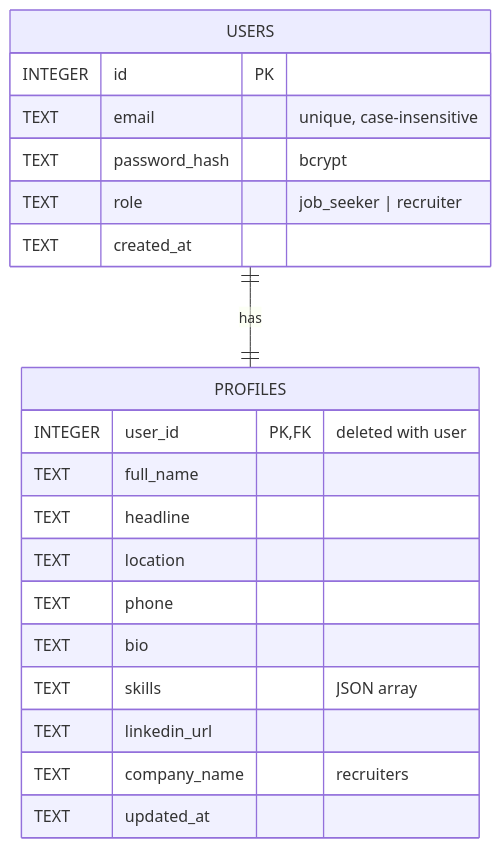
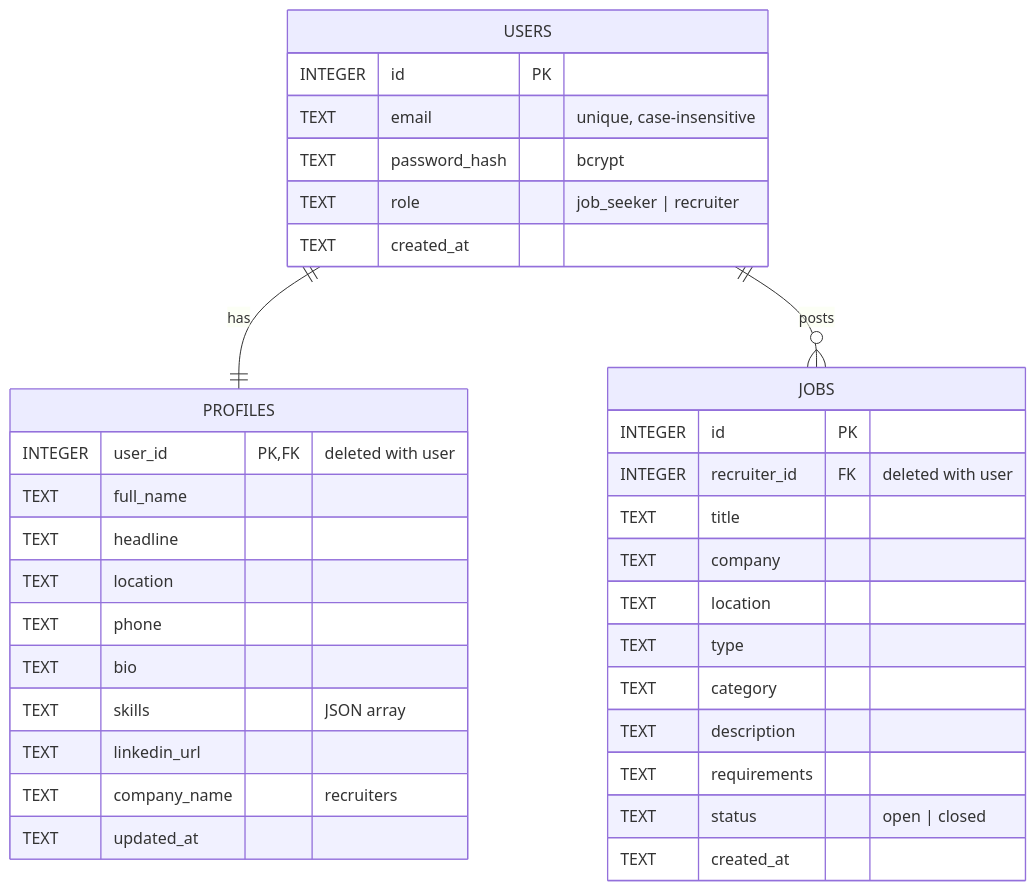
One commit to Strykerxman/CareerConnect changed the diagram in docs/database.md. Above: the diagram before and after it, drawn with Mermaid. The commit also changed other lines of this file, not shown here.

First line of the commit message:
docs: describe jobs schema and listing API

````diff
--- a/docs/database.md
+++ b/docs/database.md
@@ -5,23 +5,37 @@
 ```mermaid
 erDiagram
   USERS ||--|| PROFILES : has
   USERS {
     INTEGER id PK
     TEXT email "unique, case-insensitive"
     TEXT password_hash "bcrypt"
     TEXT role "job_seeker | recruiter"
+    TEXT created_at
+  }
+  USERS ||--o{ JOBS : posts
+  JOBS {
+    INTEGER id PK
+    INTEGER recruiter_id FK "deleted with user"
+    TEXT title
+    TEXT company
+    TEXT location
+    TEXT type
+    TEXT category
+    TEXT description
+    TEXT requirements
+    TEXT status "open | closed"
     TEXT created_at
   }
   PROFILES {
     INTEGER user_id PK, FK "deleted with user"
     TEXT full_name
     TEXT headline
     TEXT location
     TEXT phone
     TEXT bio
     TEXT skills "JSON array"
     TEXT linkedin_url
     TEXT company_name "recruiters"
     TEXT updated_at
   }
 ```
````
